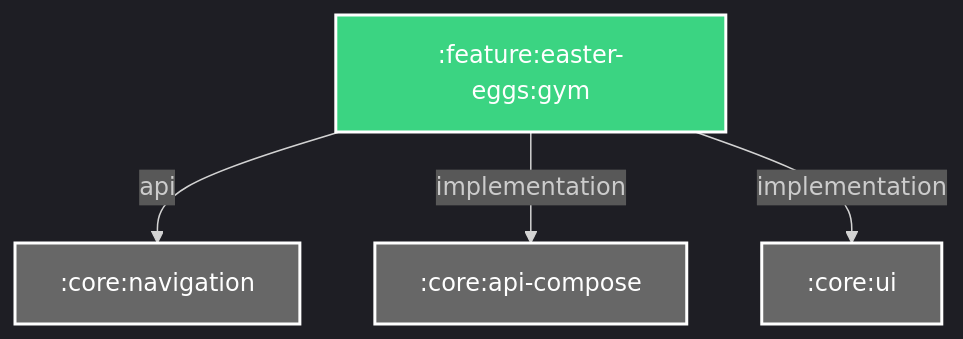
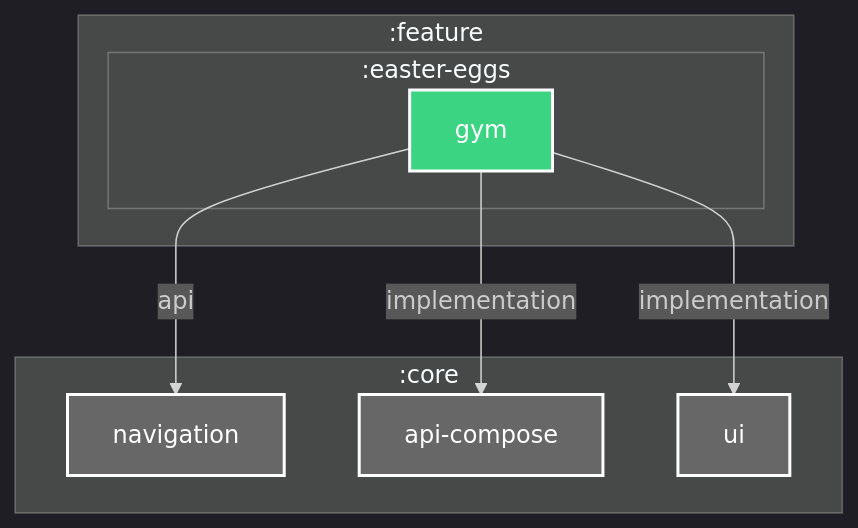
Before and after one commit to Dussim/cv-app: the diagram in feature/easter-eggs/gym/README.md, drawn with Mermaid. The commit also changed 24 other files, not shown here.

Commit message:
Update READMEs with module hierarchy graphs, refactor Gradle configurations, and bump dependencies

````diff
--- a/feature/easter-eggs/gym/README.md
+++ b/feature/easter-eggs/gym/README.md
@@ -3,20 +3,31 @@
 ```mermaid
 %%{
   init: {
     'theme': 'dark'
   }
 }%%
 
 graph TB
+  subgraph :feature
+    subgraph :easter-eggs
+      :feature:easter-eggs:gym["gym"]
+    end
+  end
+  subgraph :core
+    :core:navigation["navigation"]
+    :core:api-compose["api-compose"]
+    :core:ui["ui"]
+  end
+
   :feature:easter-eggs:gym -- api --> :core:navigation
   :feature:easter-eggs:gym -- implementation --> :core:api-compose
   :feature:easter-eggs:gym -- implementation --> :core:ui
 
 classDef android-library fill:#3BD482,stroke:#fff,stroke-width:2px,color:#fff;
 classDef unknown fill:#676767,stroke:#fff,stroke-width:2px,color:#fff;
 class :feature:easter-eggs:gym android-library
 class :core:navigation unknown
 class :core:api-compose unknown
 class :core:ui unknown
 
 ```
````
